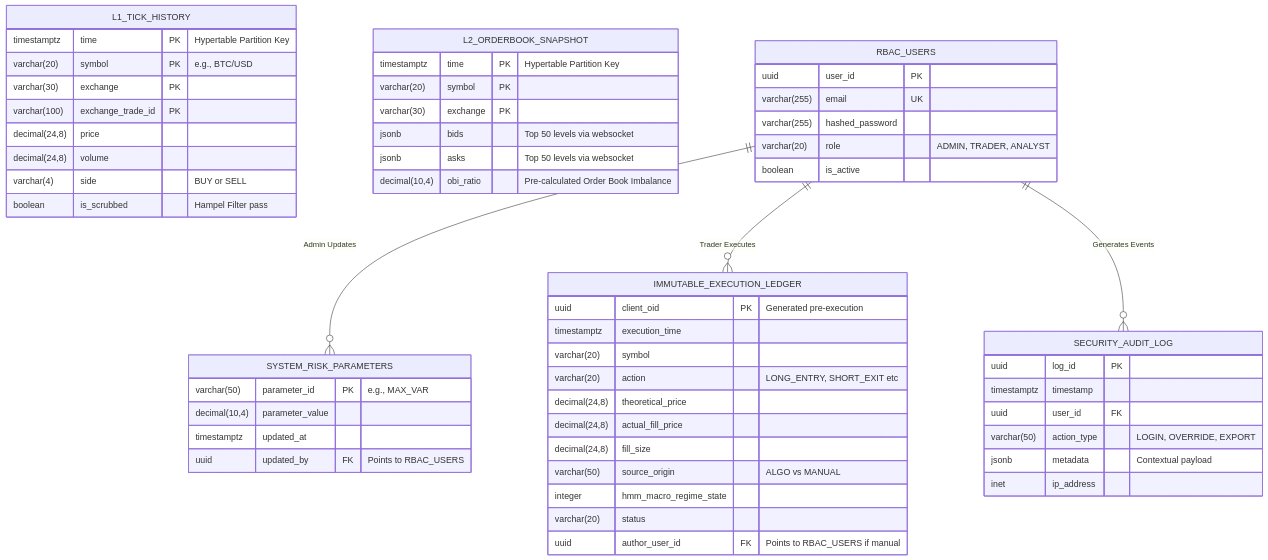
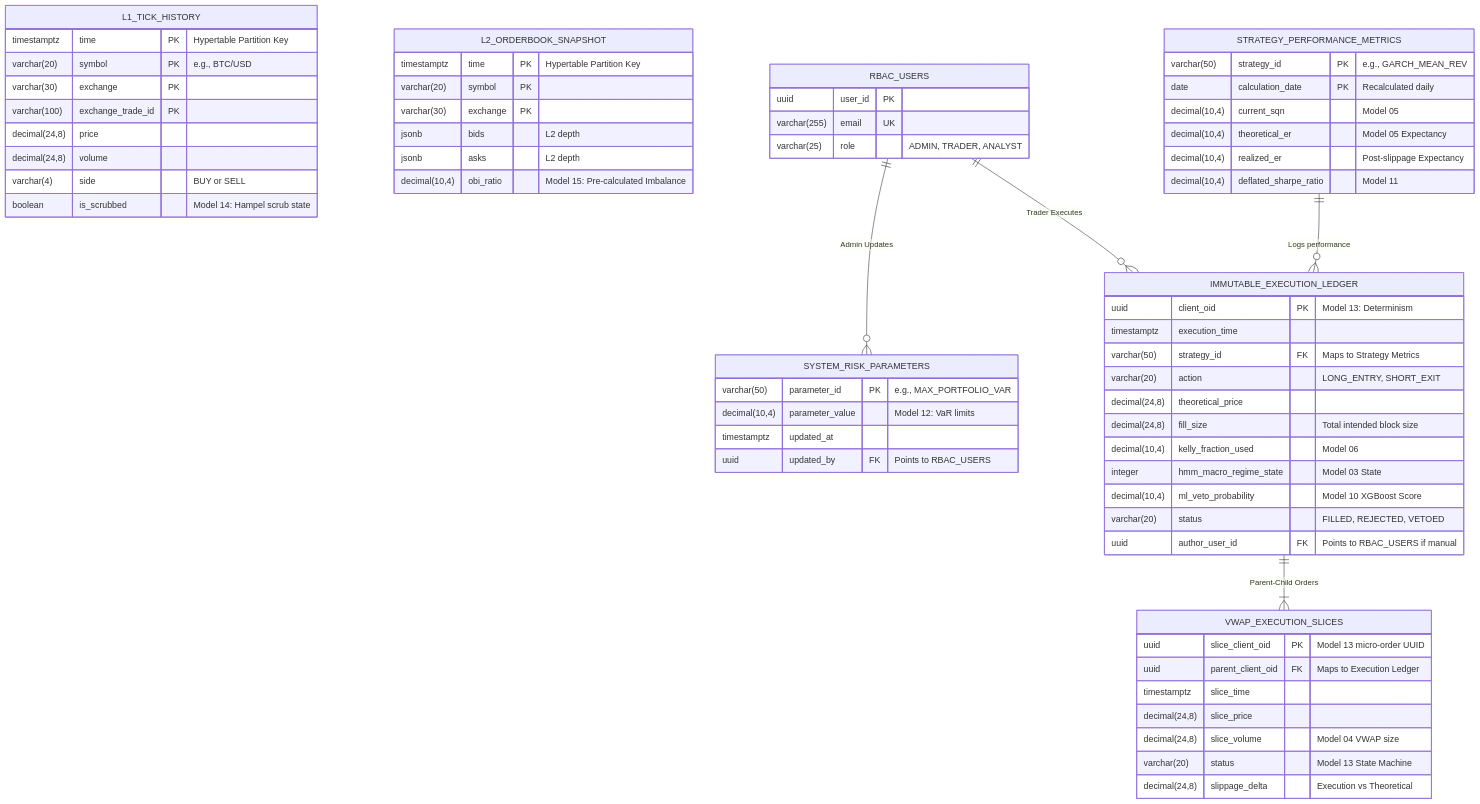
One commit to racoya/stockstats changed the diagram in docs/strategy/11_database_schema_and_ledgers.md. Above: the diagram before and after it, drawn with Mermaid. The commit also changed other lines of this file, not shown here.

First line of the commit message:
docs(strategy): deepen database schema tracing all 15 models

````diff
--- a/docs/strategy/11_database_schema_and_ledgers.md
+++ b/docs/strategy/11_database_schema_and_ledgers.md
@@ -13,70 +13,77 @@
 ```mermaid
 erDiagram
     %% The High-Velocity TimescaleDB Domain
     L1_TICK_HISTORY {
         timestamptz time PK "Hypertable Partition Key"
         varchar(20) symbol PK "e.g., BTC/USD"
         varchar(30) exchange PK
         varchar(100) exchange_trade_id PK
         decimal(24,8) price
         decimal(24,8) volume
         varchar(4) side "BUY or SELL"
-        boolean is_scrubbed "Hampel Filter pass"
+        boolean is_scrubbed "Model 14: Hampel scrub state"
     }
 
     L2_ORDERBOOK_SNAPSHOT {
         timestamptz time PK "Hypertable Partition Key"
         varchar(20) symbol PK
         varchar(30) exchange PK
-        jsonb bids "Top 50 levels via websocket"
-        jsonb asks "Top 50 levels via websocket"
-        decimal(10,4) obi_ratio "Pre-calculated Order Book Imbalance"
+        jsonb bids "L2 depth"
+        jsonb asks "L2 depth"
+        decimal(10,4) obi_ratio "Model 15: Pre-calculated Imbalance"
     }
 
     %% The Relational Operations Domain
     RBAC_USERS {
         uuid user_id PK
         varchar(255) email UK
-        varchar(255) hashed_password
-        varchar(20) role "ADMIN, TRADER, ANALYST"
-        boolean is_active
+        varchar(25) role "ADMIN, TRADER, ANALYST"
     }
 
     SYSTEM_RISK_PARAMETERS {
-        varchar(50) parameter_id PK "e.g., MAX_VAR"
-        decimal(10,4) parameter_value
+        varchar(50) parameter_id PK "e.g., MAX_PORTFOLIO_VAR"
+        decimal(10,4) parameter_value "Model 12: VaR limits"
         timestamptz updated_at
         uuid updated_by FK "Points to RBAC_USERS"
     }
+    
+    STRATEGY_PERFORMANCE_METRICS {
+        varchar(50) strategy_id PK "e.g., GARCH_MEAN_REV"
+        date calculation_date PK "Recalculated daily"
+        decimal(10,4) current_sqn "Model 05"
+        decimal(10,4) theoretical_er "Model 05 Expectancy"
+        decimal(10,4) realized_er "Post-slippage Expectancy"
+        decimal(10,4) deflated_sharpe_ratio "Model 11"
+    }
 
     IMMUTABLE_EXECUTION_LEDGER {
-        uuid client_oid PK "Generated pre-execution"
+        uuid client_oid PK "Model 13: Determinism"
         timestamptz execution_time
-        varchar(20) symbol
-        varchar(20) action "LONG_ENTRY, SHORT_EXIT etc"
+        varchar(50) strategy_id FK "Maps to Strategy Metrics"
+        varchar(20) action "LONG_ENTRY, SHORT_EXIT"
         decimal(24,8) theoretical_price
-        decimal(24,8) actual_fill_price
-        decimal(24,8) fill_size
-        varchar(50) source_origin "ALGO vs MANUAL"
-        integer hmm_macro_regime_state
-        varchar(20) status
+        decimal(24,8) fill_size "Total intended block size"
+        decimal(10,4) kelly_fraction_used "Model 06"
+        integer hmm_macro_regime_state "Model 03 State"
+        decimal(10,4) ml_veto_probability "Model 10 XGBoost Score"
+        varchar(20) status "FILLED, REJECTED, VETOED"
         uuid author_user_id FK "Points to RBAC_USERS if manual"
     }
     
-    SECURITY_AUDIT_LOG {
-        uuid log_id PK
-        timestamptz timestamp
-        uuid user_id FK
-        varchar(50) action_type "LOGIN, OVERRIDE, EXPORT"
-        jsonb metadata "Contextual payload"
-        inet ip_address
+    VWAP_EXECUTION_SLICES {
+        uuid slice_client_oid PK "Model 13 micro-order UUID"
+        uuid parent_client_oid FK "Maps to Execution Ledger"
+        timestamptz slice_time
+        decimal(24,8) slice_price
+        decimal(24,8) slice_volume "Model 04 VWAP size"
+        varchar(20) status "Model 13 State Machine"
+        decimal(24,8) slippage_delta "Execution vs Theoretical"
     }
 
     %% Defining the Relationships
     RBAC_USERS ||--o{ SYSTEM_RISK_PARAMETERS : "Admin Updates"
     RBAC_USERS ||--o{ IMMUTABLE_EXECUTION_LEDGER : "Trader Executes"
-    RBAC_USERS ||--o{ SECURITY_AUDIT_LOG : "Generates Events"
     
-    %% Note: The TimescaleDB tables run independently and don't physically join 
-    %% with the Operations tables to prevent locking during high-frequency ingestion.
+    STRATEGY_PERFORMANCE_METRICS ||--o{ IMMUTABLE_EXECUTION_LEDGER : "Logs performance"
+    IMMUTABLE_EXECUTION_LEDGER ||--|{ VWAP_EXECUTION_SLICES : "Parent-Child Orders"
 ```
````
